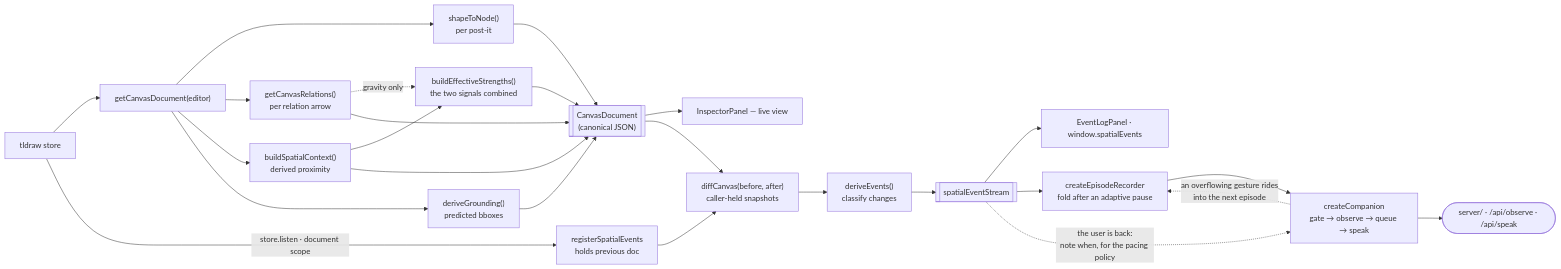
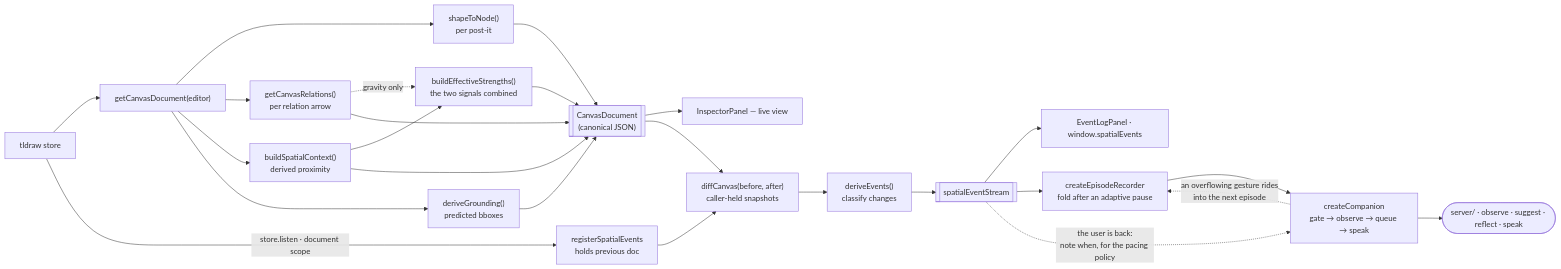
Before and after one commit to merdemkoc/llm-spatial-context: the second of 3 diagrams in CODEMAP.md, drawn with Mermaid. The commit also changed other lines of this file and 22 other files, not shown here.

````diff
--- a/CODEMAP.md
+++ b/CODEMAP.md
@@ -83,27 +83,27 @@
 ```mermaid
 flowchart LR
     store[tldraw store] --> gcd["getCanvasDocument(editor)"]
     gcd --> stn["shapeToNode()<br/>per post-it"]
     gcd --> gcr["getCanvasRelations()<br/>per relation arrow"]
     gcd --> bsc["buildSpatialContext()<br/>derived proximity"]
     gcd --> dg["deriveGrounding()<br/>predicted bboxes"]
     bsc --> bes["buildEffectiveStrengths()<br/>the two signals combined"]
     gcr -.->|"gravity only"| bes
     stn --> doc[["CanvasDocument<br/>(canonical JSON)"]]
     gcr --> doc
     bsc --> doc
     bes --> doc
     dg --> doc
     doc --> insp[InspectorPanel — live view]
     doc --> diff["diffCanvas(before, after)<br/>caller-held snapshots"]
     store -->|"store.listen · document scope"| rse["registerSpatialEvents<br/>holds previous doc"]
     rse --> diff
     diff --> de["deriveEvents()<br/>classify changes"]
     de --> es[["spatialEventStream"]]
     es --> elp["EventLogPanel · window.spatialEvents"]
     es --> rec["createEpisodeRecorder<br/>fold after an adaptive pause"]
     rec --> comp["createCompanion<br/>gate → observe → queue → speak"]
-    comp --> api(["server/ · /api/observe · /api/speak"])
+    comp --> api(["server/ · observe · suggest · reflect · speak"])
     es -.->|"the user is back:<br/>note when, for the pacing policy"| comp
     comp -.->|"an overflowing gesture rides<br/>into the next episode"| rec
 ```
````
